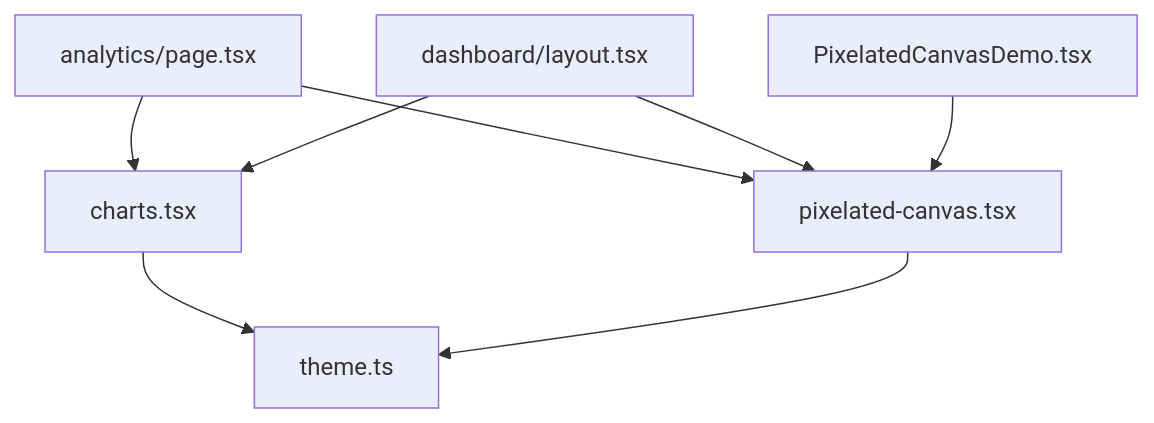
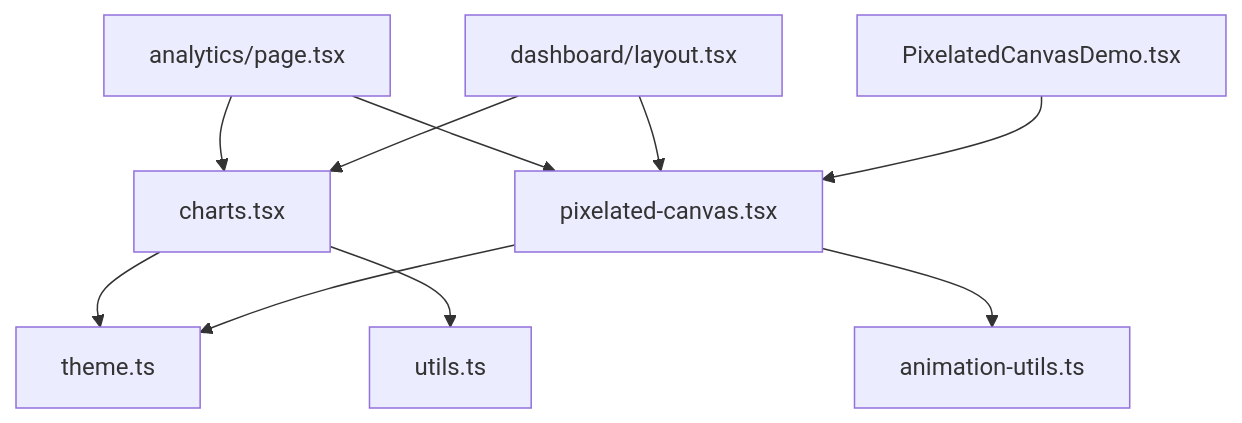
One commit to HassanAmeer/cheaprouter changed the seventh of 7 diagrams in .qoder/repowiki/en/content/Frontend Architecture/Component Library/Visualization Components.md. Above: the diagram before and after it, drawn with Mermaid. The commit also changed other lines of this file and 54 other files, not shown here.

````diff
--- a/.qoder/repowiki/en/content/Frontend Architecture/Component Library/Visualization Components.md
+++ b/.qoder/repowiki/en/content/Frontend Architecture/Component Library/Visualization Components.md
@@ -263,10 +308,12 @@
 ```mermaid
 graph TB
 Analytics["analytics/page.tsx"] --> Charts["charts.tsx"]
 Analytics --> Canvas["pixelated-canvas.tsx"]
 Layout["dashboard/layout.tsx"] --> Charts
 Layout --> Canvas
 Demo["PixelatedCanvasDemo.tsx"] --> Canvas
 Charts --> Theme["theme.ts"]
+Charts --> Utils["utils.ts"]
 Canvas --> Theme
+Canvas --> AnimUtils["animation-utils.ts"]
 ```
````
